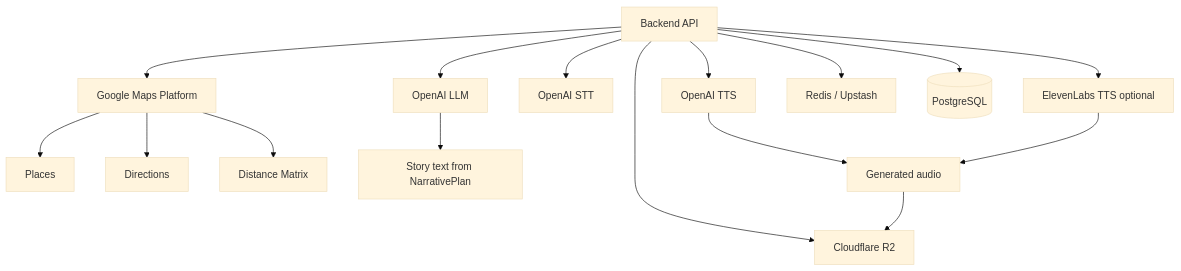
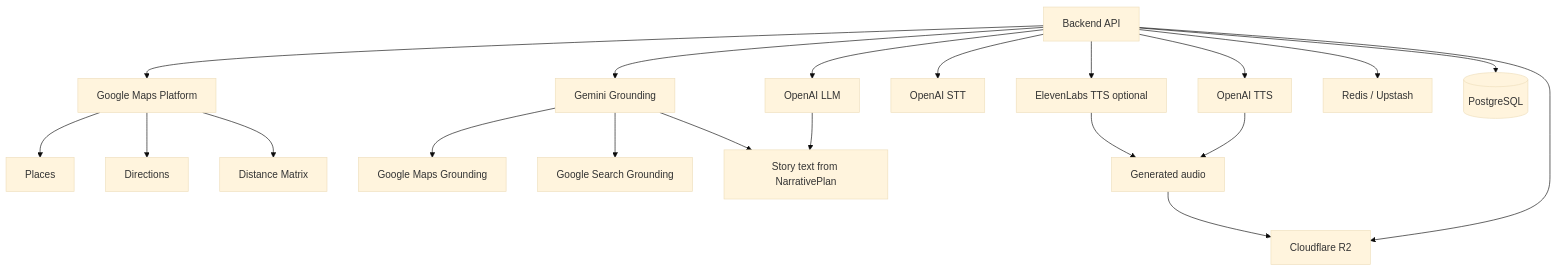
The diagram in docs/architecture/10-provider-integration.md (gris812/Hey-City), drawn with Mermaid (base theme) before and after one commit. The commit also changed other lines of this file and 1 other file, not shown here.

````diff
--- a/docs/architecture/10-provider-integration.md
+++ b/docs/architecture/10-provider-integration.md
@@ -11,20 +11,24 @@
 ```mermaid
 flowchart TD
     API[Backend API] --> Maps[Google Maps Platform]
     API --> LLM[OpenAI LLM]
+    API --> Gemini[Gemini Grounding]
     API --> STT[OpenAI STT]
     API --> TTS1[OpenAI TTS]
     API --> TTS2[ElevenLabs TTS optional]
     API --> R2[Cloudflare R2]
     API --> Redis[Redis / Upstash]
     API --> DB[(PostgreSQL)]
 
     Maps --> M1[Places]
     Maps --> M2[Directions]
     Maps --> M3[Distance Matrix]
+    Gemini --> G1[Google Maps Grounding]
+    Gemini --> G2[Google Search Grounding]
 
     LLM --> G[Story text from NarrativePlan]
+    Gemini --> G
     TTS1 --> A[Generated audio]
     TTS2 --> A
     A --> R2
 ```
````
